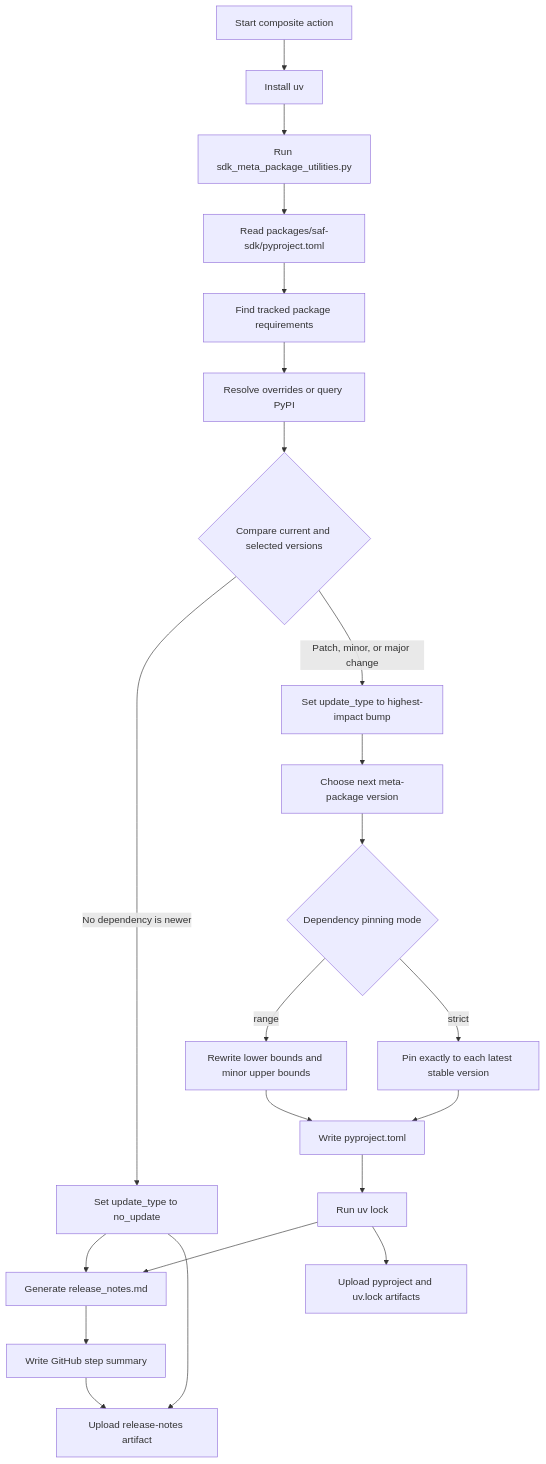
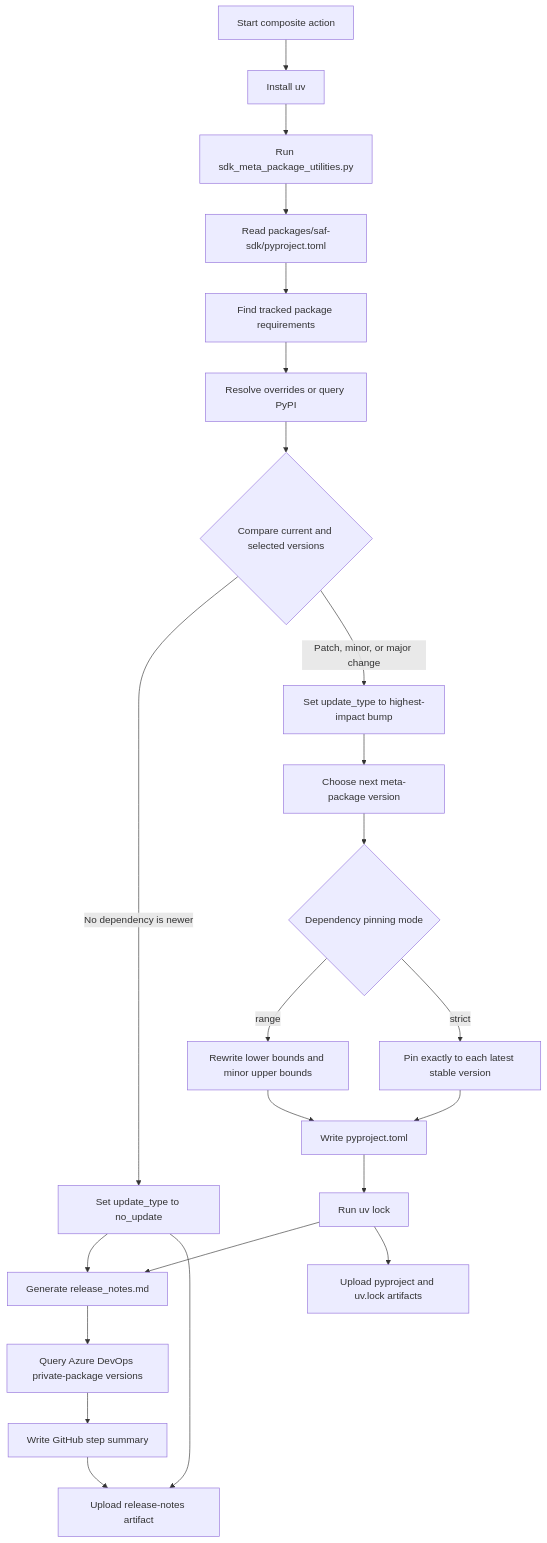
One commit to JJJ-NONAME/saf changed the second of 4 diagrams in .github/actions/sdk-meta-package/README.md. Above: the diagram before and after it, drawn with Mermaid. The commit also changed other lines of this file and 9 other files, not shown here.

````diff
--- a/.github/actions/sdk-meta-package/README.md
+++ b/.github/actions/sdk-meta-package/README.md
@@ -90,24 +101,25 @@
 ```mermaid
 flowchart TD
     A[Start composite action] --> B[Install uv]
     B --> C[Run sdk_meta_package_utilities.py]
     C --> D[Read packages/saf-sdk/pyproject.toml]
     D --> E[Find tracked package requirements]
     E --> F[Resolve overrides or query PyPI]
     F --> G{Compare current and selected versions}
     G -->|No dependency is newer| H[Set update_type to no_update]
     G -->|Patch, minor, or major change| I[Set update_type to highest-impact bump]
     I --> J[Choose next meta-package version]
     J --> K{Dependency pinning mode}
     K -->|range| L[Rewrite lower bounds and minor upper bounds]
     K -->|strict| M[Pin exactly to each latest stable version]
     L --> N[Write pyproject.toml]
     M --> N
     N --> O[Run uv lock]
     H --> P[Generate release_notes.md]
     O --> P
-    P --> Q[Write GitHub step summary]
+    P --> T[Query Azure DevOps private-package versions]
+    T --> Q[Write GitHub step summary]
     Q --> R[Upload release-notes artifact]
     O --> S[Upload pyproject and uv.lock artifacts]
     H --> R
 ```
````
